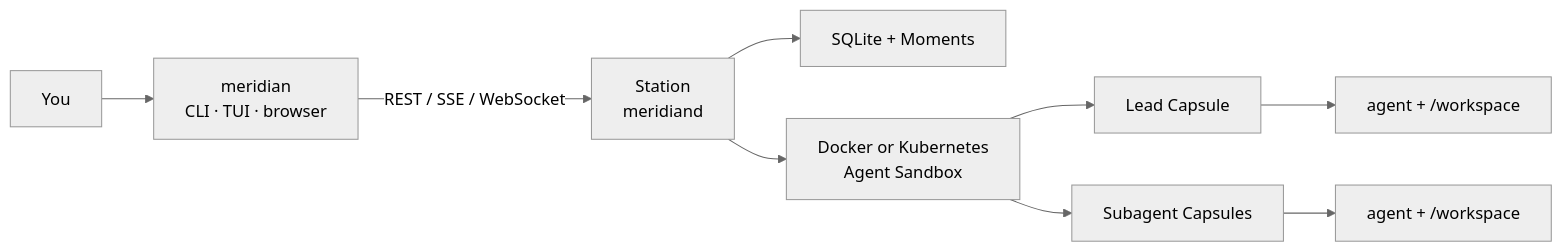
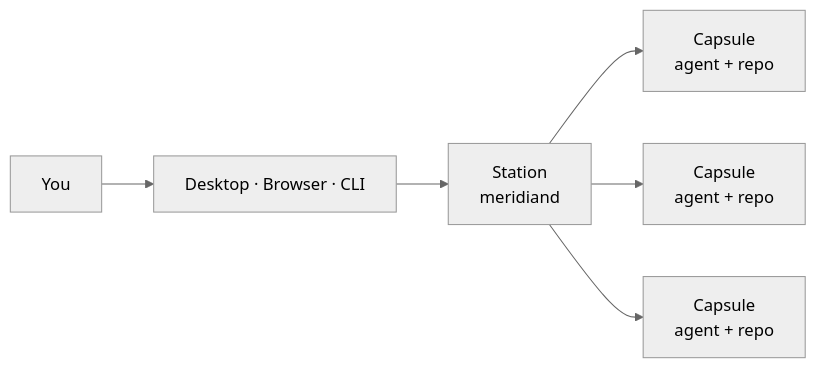
One commit to OrlojHQ/meridian changed the diagram in README.md. Above: the diagram before and after it, drawn with Mermaid (neutral theme). The commit also changed other lines of this file and 5 other files, not shown here.

First line of the commit message:
docs: simplify the README around the cloud agent station idea

````diff
--- a/README.md
+++ b/README.md
@@ -362,11 +123,8 @@
 ```mermaid
 flowchart LR
-    You["You"] --> Client["meridian<br/>CLI · TUI · browser"]
-    Client -->|"REST / SSE / WebSocket"| Daemon["Station<br/>meridiand"]
-    Daemon --> Store["SQLite + Moments"]
-    Daemon --> Provider["Docker or Kubernetes<br/>Agent Sandbox"]
-    Provider --> Lead["Lead Capsule"]
-    Provider --> Sub["Subagent Capsules"]
-    Lead --> Agent["agent + /workspace"]
-    Sub --> SubAgent["agent + /workspace"]
+    You["You"] --> Client["Desktop · Browser · CLI"]
+    Client --> Station["Station<br/>meridiand"]
+    Station --> Lead["Capsule<br/>agent + repo"]
+    Station --> Sub1["Capsule<br/>agent + repo"]
+    Station --> Sub2["Capsule<br/>agent + repo"]
 ```
````
